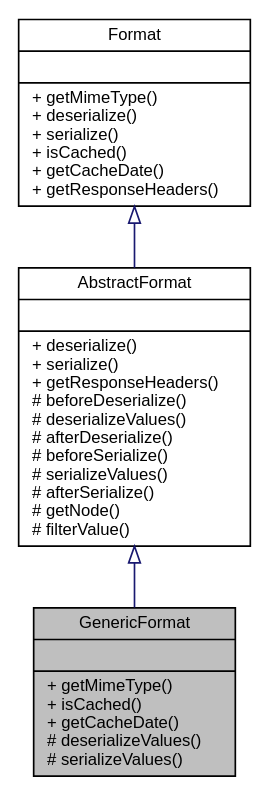
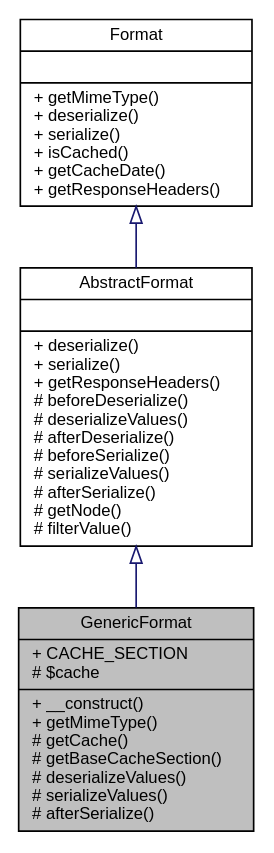
Before and after one commit to eherwig/wcmf: the diagram in classwcmf_1_1lib_1_1presentation_1_1format_1_1impl_1_1_generic_format__inherit__graph.dot, drawn with Graphviz. The commit also changed 1044 other files, not shown here.

```diff
--- a/classwcmf_1_1lib_1_1presentation_1_1format_1_1impl_1_1_generic_format__inherit__graph.dot
+++ b/classwcmf_1_1lib_1_1presentation_1_1format_1_1impl_1_1_generic_format__inherit__graph.dot
@@ -1,10 +1,10 @@
 digraph "GenericFormat"
 {
   edge [fontname="Helvetica",fontsize="10",labelfontname="Helvetica",labelfontsize="10"];
   node [fontname="Helvetica",fontsize="10",shape=record];
-  Node0 [label="{GenericFormat\n||+ getMimeType()\l+ isCached()\l+ getCacheDate()\l# deserializeValues()\l# serializeValues()\l}",height=0.2,width=0.4,color="black", fillcolor="grey75", style="filled", fontcolor="black"];
+  Node0 [label="{GenericFormat\n|+ CACHE_SECTION\l# $cache\l|+ __construct()\l+ getMimeType()\l# getCache()\l# getBaseCacheSection()\l# deserializeValues()\l# serializeValues()\l# afterSerialize()\l}",height=0.2,width=0.4,color="black", fillcolor="grey75", style="filled", fontcolor="black"];
   Node1 -> Node0 [dir="back",color="midnightblue",fontsize="10",style="solid",arrowtail="onormal",fontname="Helvetica"];
   Node1 [label="{AbstractFormat\n||+ deserialize()\l+ serialize()\l+ getResponseHeaders()\l# beforeDeserialize()\l# deserializeValues()\l# afterDeserialize()\l# beforeSerialize()\l# serializeValues()\l# afterSerialize()\l# getNode()\l# filterValue()\l}",height=0.2,width=0.4,color="black", fillcolor="white", style="filled",URL="$classwcmf_1_1lib_1_1presentation_1_1format_1_1impl_1_1_abstract_format.html",tooltip="AbstractFormat is used as base class for specialized formats. "];
   Node2 -> Node1 [dir="back",color="midnightblue",fontsize="10",style="solid",arrowtail="onormal",fontname="Helvetica"];
   Node2 [label="{Format\n||+ getMimeType()\l+ deserialize()\l+ serialize()\l+ isCached()\l+ getCacheDate()\l+ getResponseHeaders()\l}",height=0.2,width=0.4,color="black", fillcolor="white", style="filled",URL="$interfacewcmf_1_1lib_1_1presentation_1_1format_1_1_format.html",tooltip="Format defines the interface for all format classes. "];
 }
```
